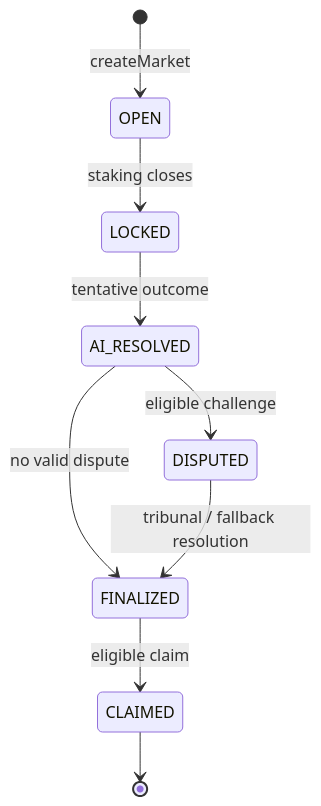
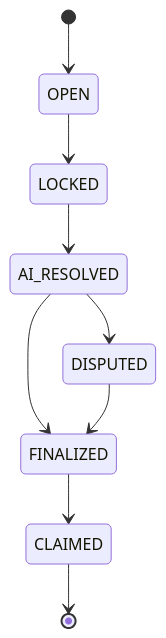
The fourth of 9 diagrams in README.md (blocknine0/geomacro), drawn with Mermaid before and after one commit. The commit also changed other lines of this file, not shown here.

````diff
--- a/README.md
+++ b/README.md
@@ -270,11 +154,11 @@
 ```mermaid
 stateDiagram-v2
-    [*] --> OPEN: createMarket
-    OPEN --> LOCKED: staking closes
-    LOCKED --> AI_RESOLVED: tentative outcome
-    AI_RESOLVED --> DISPUTED: eligible challenge
-    AI_RESOLVED --> FINALIZED: no valid dispute
-    DISPUTED --> FINALIZED: tribunal / fallback resolution
-    FINALIZED --> CLAIMED: eligible claim
+    [*] --> OPEN
+    OPEN --> LOCKED
+    LOCKED --> AI_RESOLVED
+    AI_RESOLVED --> DISPUTED
+    AI_RESOLVED --> FINALIZED
+    DISPUTED --> FINALIZED
+    FINALIZED --> CLAIMED
     CLAIMED --> [*]
 ```
````
